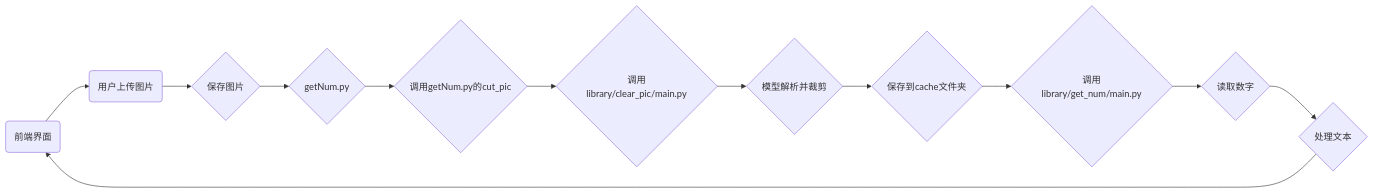
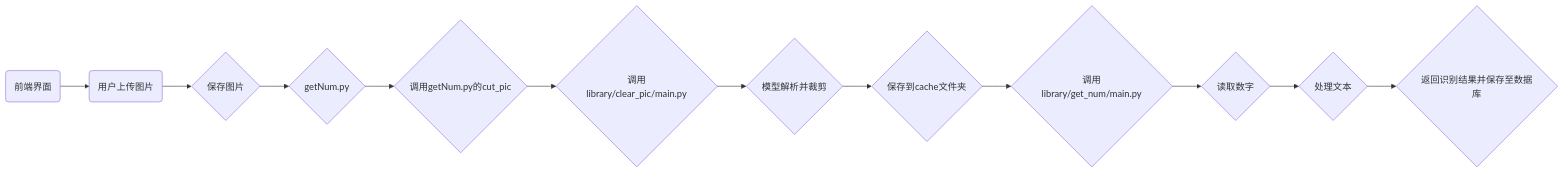
Before and after one commit to xin1201946/CRS_Python: the diagram in readme.md, drawn with Mermaid. The commit also changed other lines of this file and 2 other files, not shown here.

Commit message:
更新流程图节点J至Z

````diff
--- a/readme.md
+++ b/readme.md
@@ -43,14 +31,14 @@
 ```mermaid
 flowchart LR
     T(前端界面) --> A
     A(用户上传图片) --> B{保存图片}
     B --> C{getNum.py}
     C --> D{调用getNum.py的cut_pic}
     D --> E{调用library/clear_pic/main.py}
     E --> F{模型解析并裁剪}
     F --> G{保存到cache文件夹}
     G --> H{调用library/get_num/main.py}
     H --> I{读取数字}
     I --> J{处理文本}
-    J --> T
+    J --> Z{返回识别结果并保存至数据库}
 ```
````
